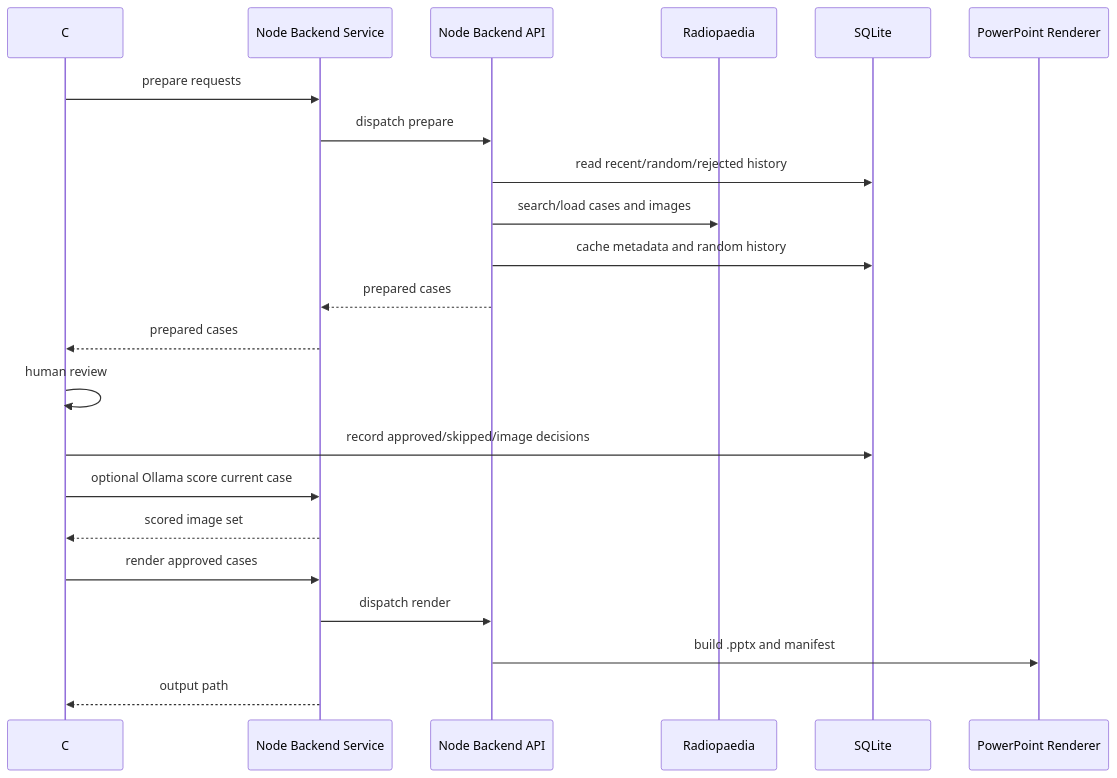
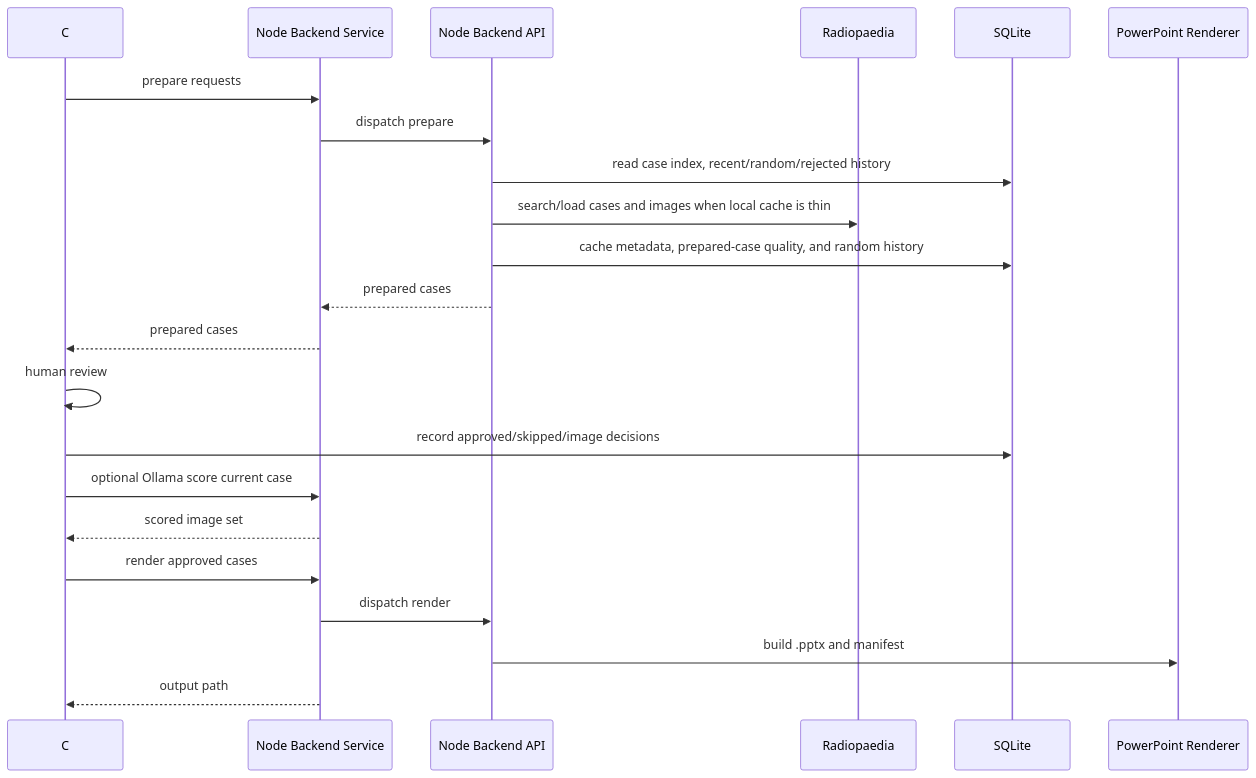
Before and after one commit to funwithcthulhu/radiology-ppt: the second of 2 diagrams in docs/ARCHITECTURE.md, drawn with Mermaid. The commit also changed other lines of this file and 2 other files, not shown here.

Commit message:
Document backend cache index workflow

````diff
--- a/docs/ARCHITECTURE.md
+++ b/docs/ARCHITECTURE.md
@@ -97,25 +98,25 @@
 ```mermaid
 sequenceDiagram
   participant UI as C# UI
   participant Service as Node Backend Service
   participant API as Node Backend API
   participant RP as Radiopaedia
   participant DB as SQLite
   participant PPT as PowerPoint Renderer
 
   UI->>Service: prepare requests
   Service->>API: dispatch prepare
-  API->>DB: read recent/random/rejected history
-  API->>RP: search/load cases and images
-  API->>DB: cache metadata and random history
+  API->>DB: read case index, recent/random/rejected history
+  API->>RP: search/load cases and images when local cache is thin
+  API->>DB: cache metadata, prepared-case quality, and random history
   API-->>Service: prepared cases
   Service-->>UI: prepared cases
   UI->>UI: human review
   UI->>DB: record approved/skipped/image decisions
   UI->>Service: optional Ollama score current case
   Service-->>UI: scored image set
   UI->>Service: render approved cases
   Service->>API: dispatch render
   API->>PPT: build .pptx and manifest
   Service-->>UI: output path
 ```
````
